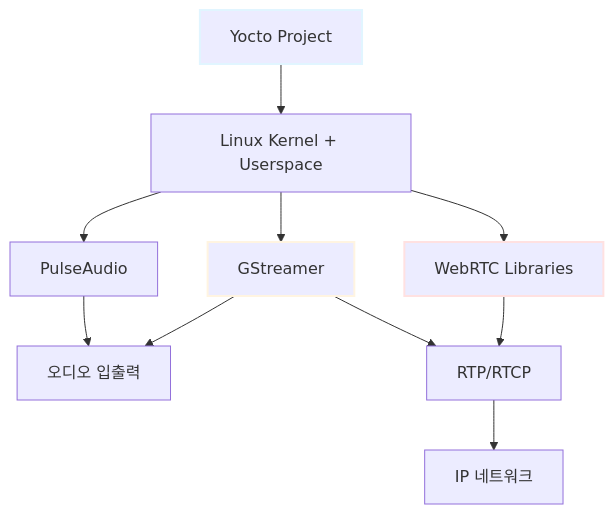
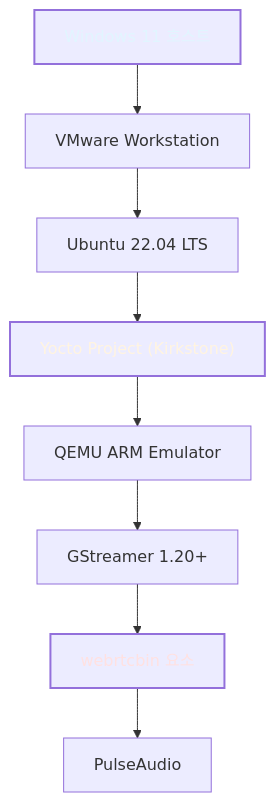
The first of 7 diagrams in 검토/251106_Yocto_WebRTC.md (c0z0c/blog), drawn with Mermaid before and after one commit. The commit also changed other lines of this file and 4 other files, not shown here.

Commit message:
WebRTC 등 검토

````diff
--- a/검토/251106_Yocto_WebRTC.md
+++ b/검토/251106_Yocto_WebRTC.md
@@ -103,16 +95,14 @@
 ```mermaid
-graph TB
-    A["Yocto Project"] --> B["Linux Kernel + Userspace"]
-    B --> C["PulseAudio"]
-    B --> D["GStreamer"]
-    B --> E["WebRTC Libraries"]
-    C --> F["오디오 입출력"]
-    D --> F
-    D --> G["RTP/RTCP"]
-    E --> G
-    G --> H["IP 네트워크"]
+graph TD
+    A["Windows 11 호스트"] --> B["VMware Workstation"]
+    B --> C["Ubuntu 22.04 LTS"]
+    C --> D["Yocto Project (Kirkstone)"]
+    D --> E["QEMU ARM Emulator"]
+    E --> F["GStreamer 1.20+"]
+    F --> G["webrtcbin 요소"]
+    G --> H["PulseAudio"]
     
-    style A stroke-width:2px,stroke:#e1f5ff
-    style D stroke-width:2px,stroke:#fff4e1
-    style E stroke-width:2px,stroke:#ffe1e1
+    style A stroke-width:2px,color:#e1f5ff
+    style D stroke-width:2px,color:#fff4e1
+    style G stroke-width:2px,color:#ffe1e1
 ```
````
